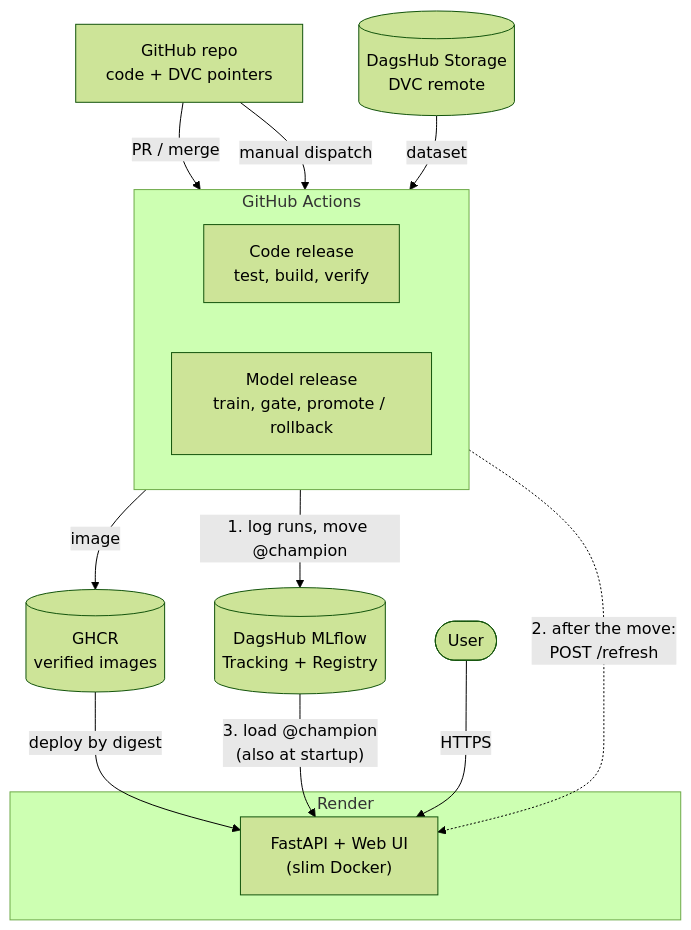
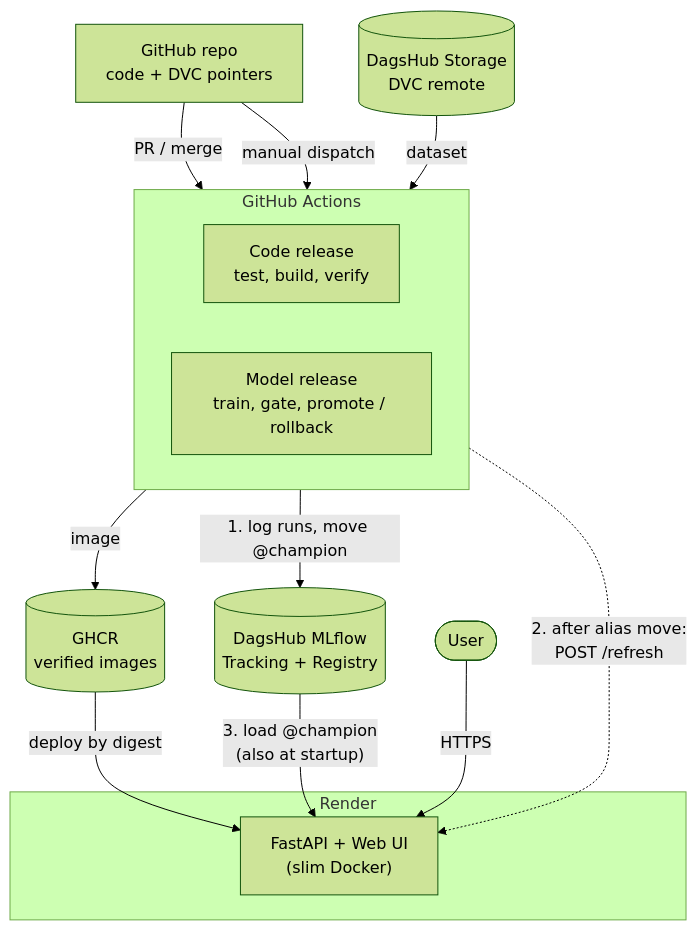
Before and after one commit to ChenAuCarre/enercast-mlops: the first of 2 diagrams in README.md, drawn with Mermaid (forest theme). The commit also changed other lines of this file and 5 other files, not shown here.

````diff
--- a/README.md
+++ b/README.md
@@ -11,26 +13,26 @@
 ```mermaid
 flowchart TB
     Repo["GitHub repo<br/>code + DVC pointers"]
     DVC[("DagsHub Storage<br/>DVC remote")]
     subgraph GHA["GitHub Actions"]
         direction LR
         CR["Code release<br/>test, build, verify"]
         MR["Model release<br/>train, gate, promote / rollback"]
     end
     GHCR[("GHCR<br/>verified images")]
     MLF[("DagsHub MLflow<br/>Tracking + Registry")]
     subgraph Render["Render"]
         API["FastAPI + Web UI<br/>(slim Docker)"]
     end
     User(["User"])
 
     Repo -- "PR / merge" --> CR
     Repo -- "manual dispatch" --> MR
     DVC -- "dataset" --> MR
     CR -- "image" --> GHCR
     GHCR -- "deploy by digest" --> API
     MR -- "1. log runs, move @champion" --> MLF
-    MR -. "2. after the move:<br/>POST /refresh" .-> API
+    MR -. "2. after alias move:<br/>POST /refresh" .-> API
     MLF -- "3. load @champion<br/>(also at startup)" --> API
     User -- HTTPS --> API
 ```
````
